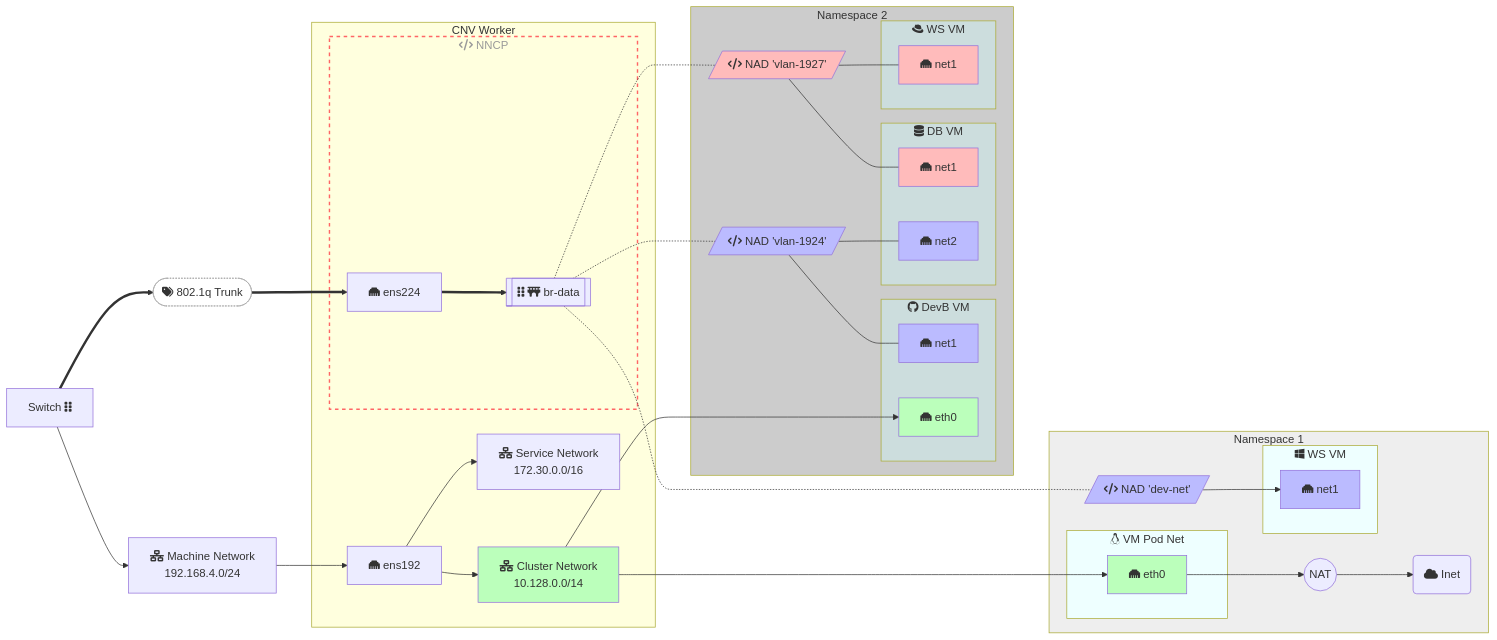
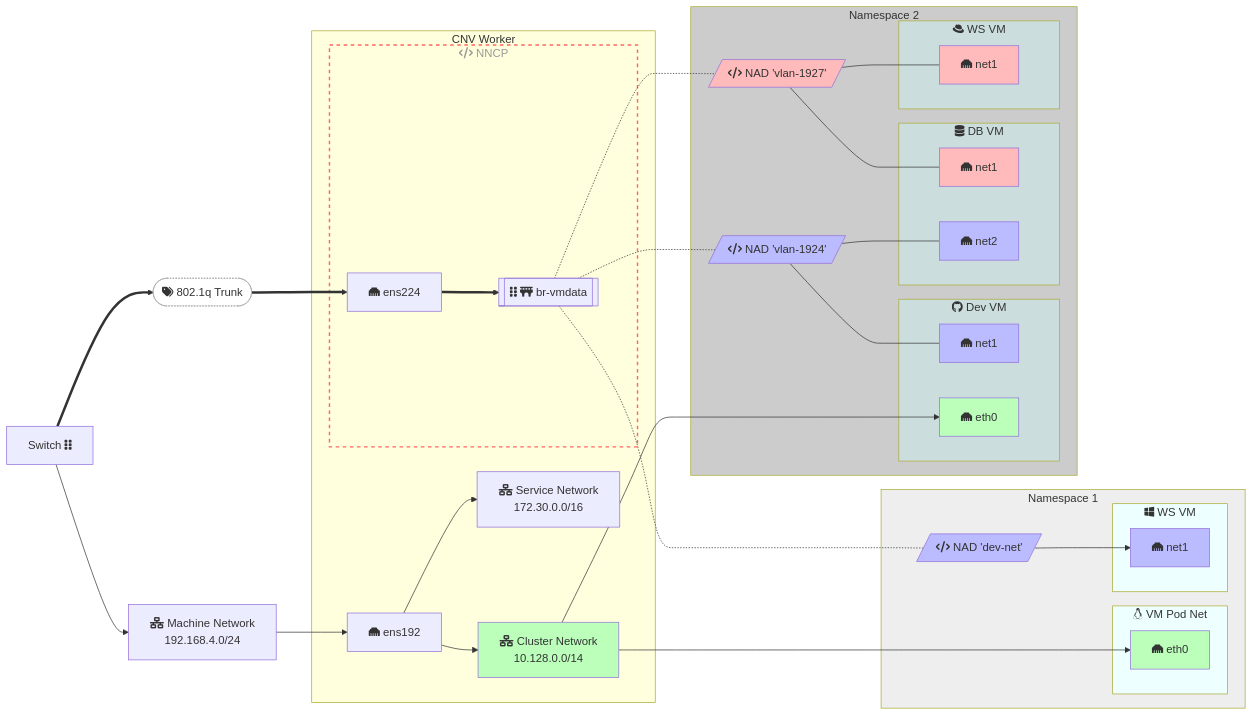
Before and after one commit to dlbewley/demo-virt: the second of 3 diagrams in networking/diagram.md, drawn with Mermaid. The commit also changed other lines of this file and 56 other files, not shown here.

````diff
--- a/networking/diagram.md
+++ b/networking/diagram.md
@@ -9,78 +107,77 @@
 ```mermaid
 graph LR;
 
   switch["Switch fa:fa-grip-vertical"]
   machinenet["fa:fa-network-wired Machine Network<br> 192.168.4.0/24"]
   switch --> machinenet --> ens192
   switch ==> T(["fa:fa-tags 802.1q Trunk"]) ==> ens224[ens224]
 
   subgraph node["CNV Worker"]
     ens192["fa:fa-ethernet ens192"]
     servicenet["fa:fa-network-wired Service Network<br> 172.30.0.0/16"]
     clusternet["fa:fa-network-wired Cluster Network<br> 10.128.0.0/14"]
 
     ens192 --> servicenet
     ens192 --> clusternet
 
     subgraph nncp["fa:fa-code NNCP"]
       ens224["fa:fa-ethernet ens224"]
-      ens224 ==> br-data[["fa:fa-grip-vertical fa:fa-bridge br-data"]]
+      ens224 ==> br-vmdata[["fa:fa-grip-vertical fa:fa-bridge br-vmdata"]]
     end
   end
 
   subgraph ns1["Namespace 1"]
     subgraph ns1-vm1[fab:fa-linux VM Pod Net]
         nginx-nic["fa:fa-ethernet eth0"]
     end
     clusternet ----> nginx-nic
-    nginx-nic --> nat((NAT)) --> inet("fa:fa-cloud Inet")
 
     subgraph ns1-vm2[fab:fa-windows WS VM]
         ns1-vm2-nic1["fa:fa-ethernet net1"]
     end
-    br-data -.- ns1-nad-1924[/"fa:fa-code NAD 'dev-net'"/] --> ns1-vm2-nic1
+    br-vmdata -.- ns1-nad-1924[/"fa:fa-code NAD 'dev-net'"/] --> ns1-vm2-nic1
   end
 
   subgraph ns2["Namespace 2"]
-    subgraph ns2-vm1[fab:fa-github DevB VM]
+    subgraph ns2-vm1[fab:fa-github Dev VM]
         ns2-vm1-nic1["fa:fa-ethernet net1"]
         ns2-vm1-nic2["fa:fa-ethernet eth0"]
     end
 
     clusternet --> ns2-vm1-nic2
 
     subgraph ns2-vm2["fa:fa-database DB VM"]
         ns2-vm2-nic1["fa:fa-ethernet net1"]
         ns2-vm2-nic2["fa:fa-ethernet net2"]
     end
 
     subgraph ns2-vm3["fab:fa-redhat WS VM"]
         ns2-vm3-nic1["fa:fa-ethernet net1"]
     end
 
-    br-data -.- ns2-nad-1924[/"fa:fa-code NAD 'vlan-1924'"/] --- ns2-vm1-nic1
-                ns2-nad-1924                                 --- ns2-vm2-nic2
-    br-data -.- ns2-nad-1927[/"fa:fa-code NAD 'vlan-1927'"/] --- ns2-vm2-nic1
-                ns2-nad-1927                                 --- ns2-vm3-nic1
+    br-vmdata -.- ns2-nad-1924[/"fa:fa-code NAD 'vlan-1924'"/] --- ns2-vm1-nic1
+                ns2-nad-1924                                   --- ns2-vm2-nic2
+    br-vmdata -.- ns2-nad-1927[/"fa:fa-code NAD 'vlan-1927'"/] --- ns2-vm2-nic1
+                ns2-nad-1927                                   --- ns2-vm3-nic1
   end
 
   classDef clusterNet fill:#bfb
   class clusternet,nginx-nic,ns2-vm1-nic2 clusterNet
 
   classDef vlan-1924 fill:#bbf
   class ens224.1924,br-1924,ns1-nad-1924,ns2-nad-1924,ns1-vm2-nic1,ns1-ws2-1924,ns2-vm1-nic1,ns2-vm2-nic2 vlan-1924
 
   classDef vlan-1927 fill:#fbb
   class ens224.1927,br-1927,ns1-nad-1927,ns2-nad-1927,ns2-vm2-nic1,ns2-vm3-nic1 vlan-1927
 
   style nncp stroke:#f66,stroke-width:2px,color:#999,stroke-dasharray: 5 5
   style T fill:white,stroke:darkgrey,stroke-width:1px,color:#333,stroke-dasharray: 2 2
 
   classDef ns1-vm fill:#eff
   class ns1-vm1,ns1-vm2 ns1-vm
   style ns1 fill:#eee
 
   classDef ns2-vm fill:#cdd
   class ns2-vm1,ns2-vm2,ns2-vm3 ns2-vm
   style ns2 fill:#ccc
 ```
````
